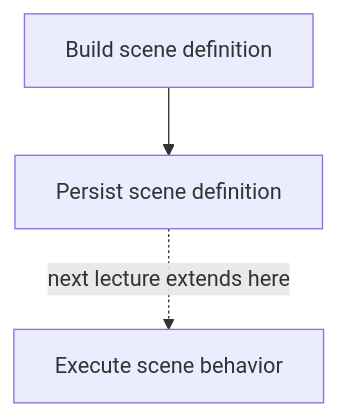
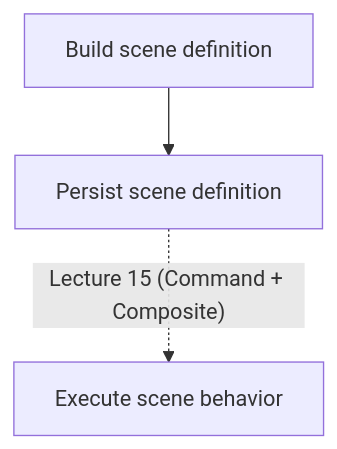
Diagram 28 of 28 in presentations/14-repository-and-builder-patterns.md (jeff-adkisson/swe-4743-spring-2026-oo-design), drawn with Mermaid before and after one commit. The commit also changed other lines of this file and 44 other files, not shown here.

````diff
--- a/presentations/14-repository-and-builder-patterns.md
+++ b/presentations/14-repository-and-builder-patterns.md
@@ -1730,5 +1730,5 @@
 ```mermaid
 flowchart TB
     A[Build scene definition] --> B[Persist scene definition]
-    B -. next lecture extends here .-> C[Execute scene behavior]
+    B -. "Lecture 15 (Command + Composite)" .-> C[Execute scene behavior]
 ```
````
